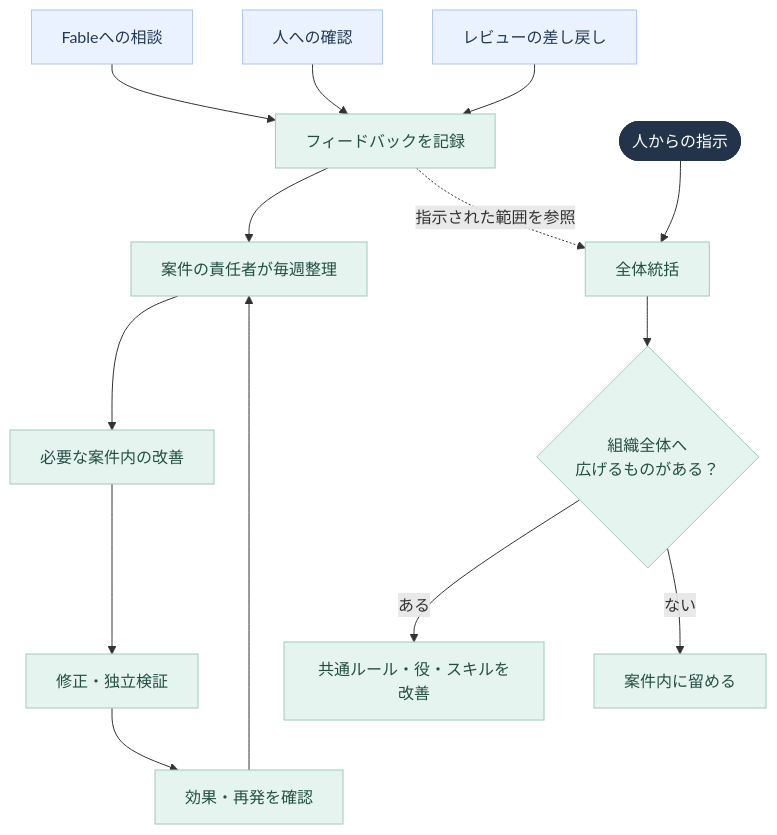
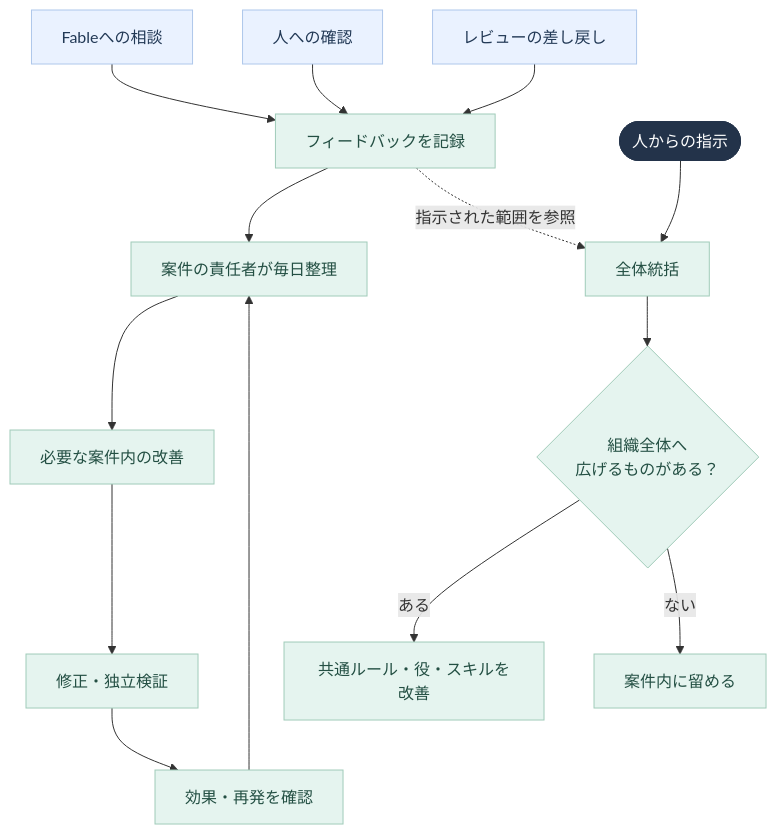
Before and after one commit to yufyaj/engineer-org-public: the diagram in 組織/フィードバック図.md, drawn with Mermaid. The commit also changed 6 other files, not shown here.

````diff
--- a/組織/フィードバック図.md
+++ b/組織/フィードバック図.md
@@ -3,25 +3,25 @@
 ```mermaid
 flowchart TB
     F["Fableへの相談"] --> FB["フィードバックを記録"]
     H["人への確認"] --> FB
     R["レビューの差し戻し"] --> FB
 
-    FB --> P["案件の責任者が毎週整理"]
+    FB --> P["案件の責任者が毎日整理"]
     P --> A["必要な案件内の改善"]
     A --> V["修正・独立検証"]
     V --> E["効果・再発を確認"]
     E --> P
 
     U(["人からの指示"]) --> O["全体統括"]
     FB -. 指示された範囲を参照 .-> O
     O --> Q{"組織全体へ<br/>広げるものがある？"}
     Q -->|ある| G["共通ルール・役・スキルを改善"]
     Q -->|ない| N["案件内に留める"]
 
     classDef source fill:#eaf2ff,stroke:#aec7eb,color:#223956;
     classDef feedback fill:#e5f4ef,stroke:#a0cbb9,color:#234f43;
     classDef human fill:#23334a,stroke:#23334a,color:#fff;
     class F,H,R source;
     class FB,P,A,V,E,O,Q,G,N feedback;
     class U human;
 ```
````
